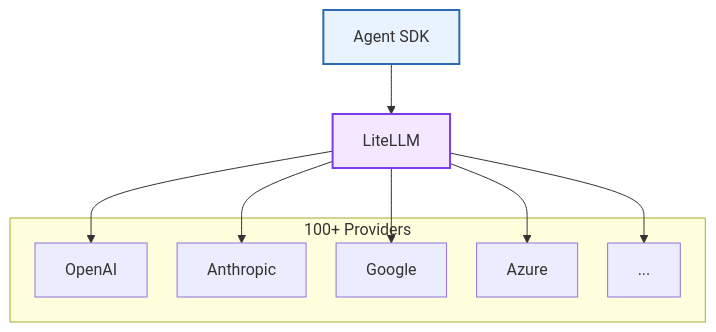
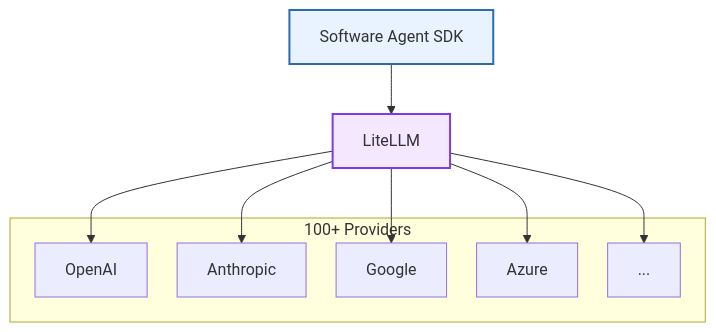
The fifth of 7 diagrams in sdk/arch/llm.mdx (OpenHands/docs), drawn with Mermaid before and after one commit. The commit also changed other lines of this file and 8 other files, not shown here.

First line of the commit message:
Rename 'Agent SDK' to 'Software Agent SDK' within sdk/ directory

````diff
--- a/sdk/arch/llm.mdx
+++ b/sdk/arch/llm.mdx
@@ -254,24 +254,24 @@
 ```mermaid
 %%{init: {"theme": "default", "flowchart": {"nodeSpacing": 30}} }%%
 flowchart TB
-    SDK["Agent SDK"]
+    SDK["Software Agent SDK"]
     LiteLLM["LiteLLM"]
     
     subgraph Providers["100+ Providers"]
         OpenAI["OpenAI"]
         Anthropic["Anthropic"]
         Google["Google"]
         Azure["Azure"]
         Others["..."]
     end
     
     SDK --> LiteLLM
     LiteLLM --> OpenAI
     LiteLLM --> Anthropic
     LiteLLM --> Google
     LiteLLM --> Azure
     LiteLLM --> Others
     
     style LiteLLM fill:#f3e8ff,stroke:#7c3aed,stroke-width:2px
     style SDK fill:#e8f3ff,stroke:#2b6cb0,stroke-width:2px
 ```
````
